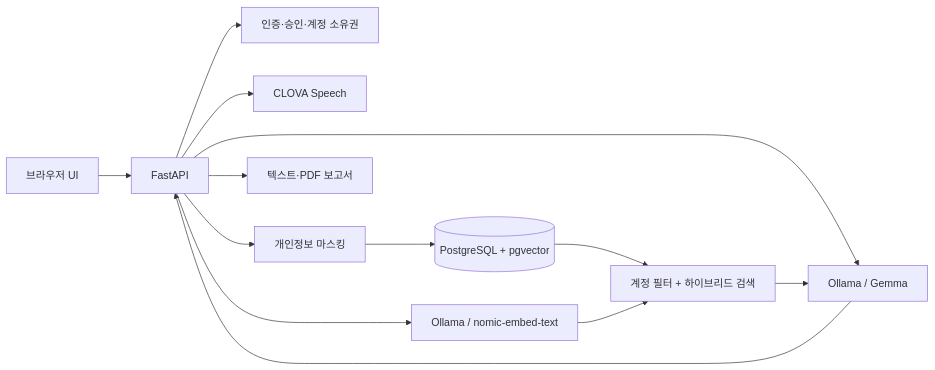
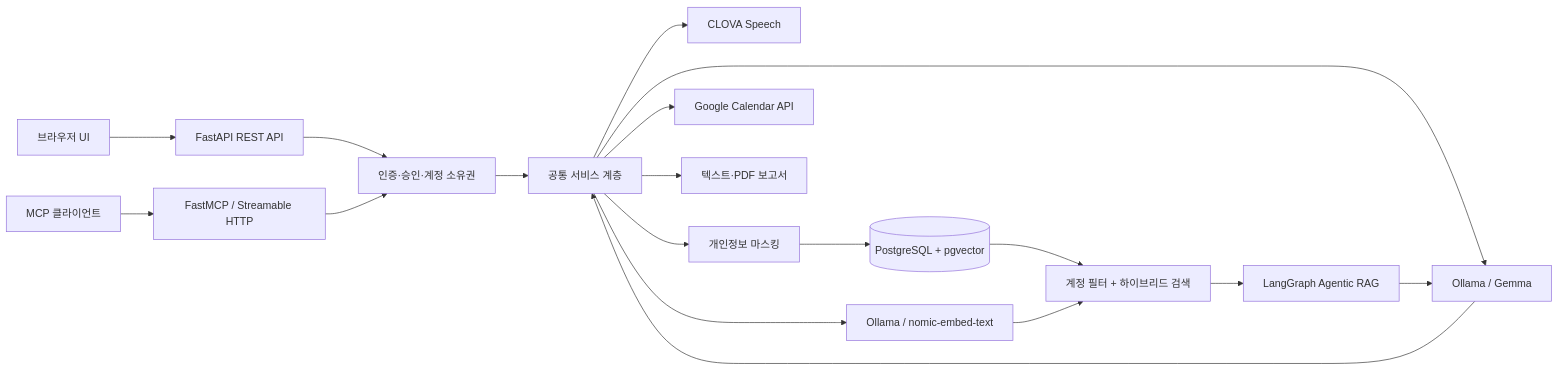
One commit to jjh0813/AI-Meeting-Assistant changed the diagram in README.md. Above: the diagram before and after it, drawn with Mermaid. The commit also changed other lines of this file and 18 other files, not shown here.

Commit message:
feat: finalize MCP and Google Calendar integration

````diff
--- a/README.md
+++ b/README.md
@@ -24,15 +27,20 @@
 ```mermaid
 flowchart LR
-    U["브라우저 UI"] --> API["FastAPI"]
-    API --> AUTH["인증·승인·계정 소유권"]
-    API --> STT["CLOVA Speech"]
-    API --> MASK["개인정보 마스킹"]
+    U["브라우저 UI"] --> REST["FastAPI REST API"]
+    MC["MCP 클라이언트"] --> MCP["FastMCP / Streamable HTTP"]
+    REST --> AUTH["인증·승인·계정 소유권"]
+    MCP --> AUTH
+    AUTH --> SVC["공통 서비스 계층"]
+    SVC --> STT["CLOVA Speech"]
+    SVC --> MASK["개인정보 마스킹"]
     MASK --> DB[("PostgreSQL + pgvector")]
-    API --> EMB["Ollama / nomic-embed-text"]
-    API --> LLM["Ollama / Gemma"]
+    SVC --> EMB["Ollama / nomic-embed-text"]
+    SVC --> LLM["Ollama / Gemma"]
     DB --> RET["계정 필터 + 하이브리드 검색"]
     EMB --> RET
-    RET --> LLM
-    LLM --> API
-    API --> REPORT["텍스트·PDF 보고서"]
+    RET --> AGENT["LangGraph Agentic RAG"]
+    AGENT --> LLM
+    LLM --> SVC
+    SVC --> GCAL["Google Calendar API"]
+    SVC --> REPORT["텍스트·PDF 보고서"]
 ```
````
